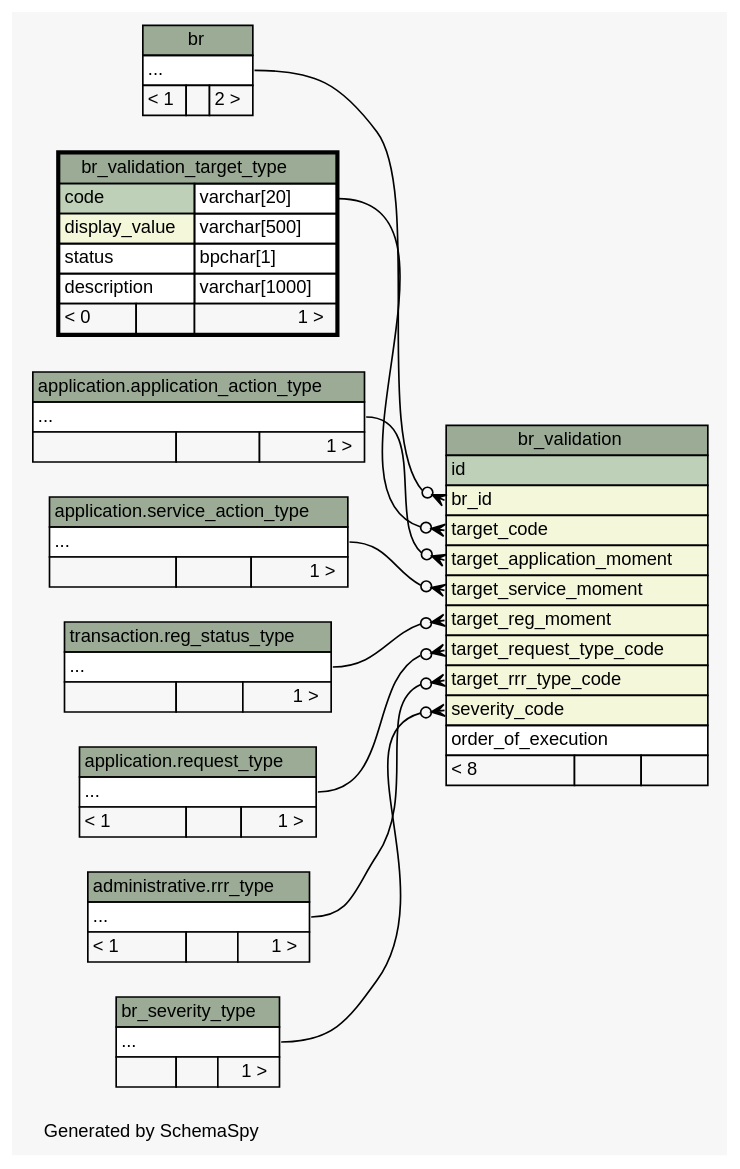
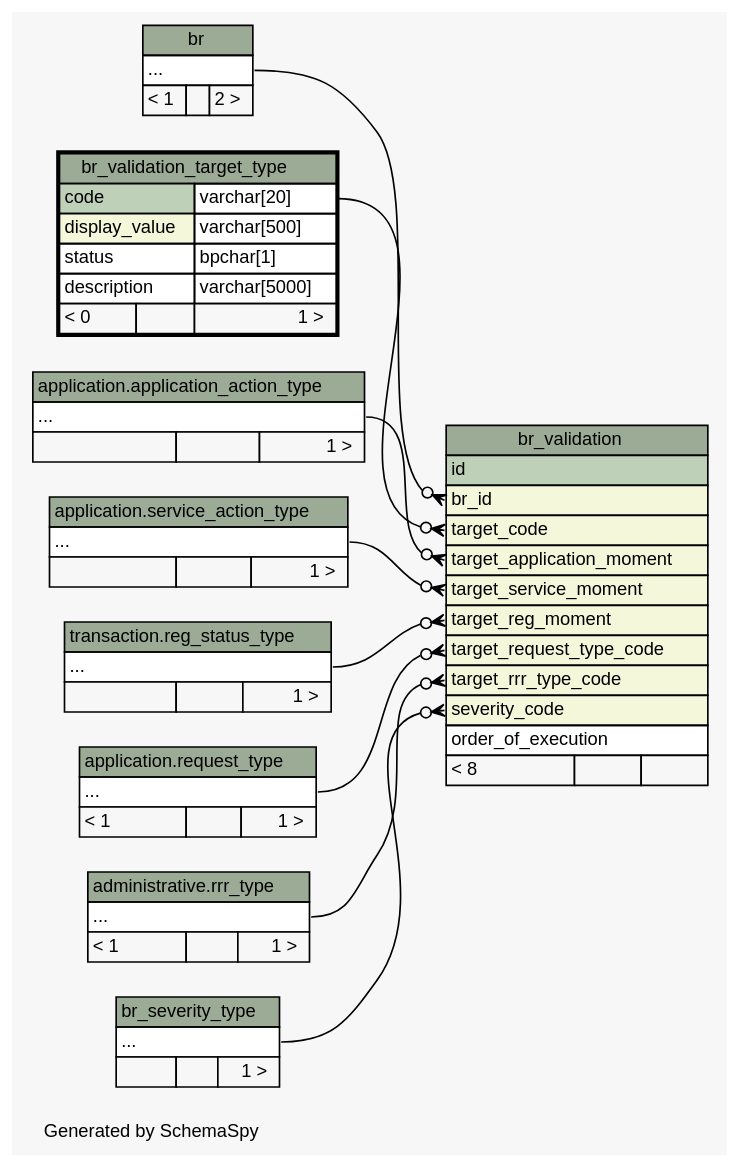
One commit to OpenTenure/database changed the diagram in doc/system/diagrams/br_validation_target_type.2degrees.dot. Above: the diagram before and after it, drawn with Graphviz. The commit also changed 370 other files, not shown here.

```diff
--- a/doc/system/diagrams/br_validation_target_type.2degrees.dot
+++ b/doc/system/diagrams/br_validation_target_type.2degrees.dot
@@ -1,132 +1,132 @@
 // dot 2.36.0 on Windows 7 6.1
 // SchemaSpy rev 590
 digraph "twoDegreesRelationshipsDiagram" {
   graph [
     rankdir="RL"
     bgcolor="#f7f7f7"
     label="\nGenerated by SchemaSpy"
     labeljust="l"
     nodesep="0.18"
     ranksep="0.46"
     fontname="Helvetica"
     fontsize="11"
   ];
   node [
     fontname="Helvetica"
     fontsize="11"
     shape="plaintext"
   ];
   edge [
     arrowsize="0.8"
   ];
   "br_validation":"br_id":w -> "br":"elipses":e [arrowhead=none dir=back arrowtail=crowodot];
   "br_validation":"severity_code":w -> "br_severity_type":"elipses":e [arrowhead=none dir=back arrowtail=crowodot];
   "br_validation":"target_application_moment":w -> "application.application_action_type":"elipses":e [arrowhead=none dir=back arrowtail=crowodot];
   "br_validation":"target_code":w -> "br_validation_target_type":"code.type":e [arrowhead=none dir=back arrowtail=crowodot];
   "br_validation":"target_reg_moment":w -> "transaction.reg_status_type":"elipses":e [arrowhead=none dir=back arrowtail=crowodot];
   "br_validation":"target_request_type_code":w -> "application.request_type":"elipses":e [arrowhead=none dir=back arrowtail=crowodot];
   "br_validation":"target_rrr_type_code":w -> "administrative.rrr_type":"elipses":e [arrowhead=none dir=back arrowtail=crowodot];
   "br_validation":"target_service_moment":w -> "application.service_action_type":"elipses":e [arrowhead=none dir=back arrowtail=crowodot];
   "application.application_action_type" [
     label=<
     <TABLE BORDER="0" CELLBORDER="1" CELLSPACING="0" BGCOLOR="#ffffff">
       <TR><TD COLSPAN="3" BGCOLOR="#9bab96" ALIGN="CENTER">application.application_action_type</TD></TR>
       <TR><TD PORT="elipses" COLSPAN="3" ALIGN="LEFT">...</TD></TR>
       <TR><TD ALIGN="LEFT" BGCOLOR="#f7f7f7">  </TD><TD ALIGN="RIGHT" BGCOLOR="#f7f7f7">  </TD><TD ALIGN="RIGHT" BGCOLOR="#f7f7f7">1 &gt;</TD></TR>
     </TABLE>>
     URL="../../application/tables/application_action_type.html"
     tooltip="application.application_action_type"
   ];
   "br" [
     label=<
     <TABLE BORDER="0" CELLBORDER="1" CELLSPACING="0" BGCOLOR="#ffffff">
       <TR><TD COLSPAN="3" BGCOLOR="#9bab96" ALIGN="CENTER">br</TD></TR>
       <TR><TD PORT="elipses" COLSPAN="3" ALIGN="LEFT">...</TD></TR>
       <TR><TD ALIGN="LEFT" BGCOLOR="#f7f7f7">&lt; 1</TD><TD ALIGN="RIGHT" BGCOLOR="#f7f7f7">  </TD><TD ALIGN="RIGHT" BGCOLOR="#f7f7f7">2 &gt;</TD></TR>
     </TABLE>>
     URL="br.html"
     tooltip="br"
   ];
   "br_severity_type" [
     label=<
     <TABLE BORDER="0" CELLBORDER="1" CELLSPACING="0" BGCOLOR="#ffffff">
       <TR><TD COLSPAN="3" BGCOLOR="#9bab96" ALIGN="CENTER">br_severity_type</TD></TR>
       <TR><TD PORT="elipses" COLSPAN="3" ALIGN="LEFT">...</TD></TR>
       <TR><TD ALIGN="LEFT" BGCOLOR="#f7f7f7">  </TD><TD ALIGN="RIGHT" BGCOLOR="#f7f7f7">  </TD><TD ALIGN="RIGHT" BGCOLOR="#f7f7f7">1 &gt;</TD></TR>
     </TABLE>>
     URL="br_severity_type.html"
     tooltip="br_severity_type"
   ];
   "br_validation" [
     label=<
     <TABLE BORDER="0" CELLBORDER="1" CELLSPACING="0" BGCOLOR="#ffffff">
       <TR><TD COLSPAN="3" BGCOLOR="#9bab96" ALIGN="CENTER">br_validation</TD></TR>
       <TR><TD PORT="id" COLSPAN="3" BGCOLOR="#bed1b8" ALIGN="LEFT">id</TD></TR>
       <TR><TD PORT="br_id" COLSPAN="3" BGCOLOR="#f4f7da" ALIGN="LEFT">br_id</TD></TR>
       <TR><TD PORT="target_code" COLSPAN="3" BGCOLOR="#f4f7da" ALIGN="LEFT">target_code</TD></TR>
       <TR><TD PORT="target_application_moment" COLSPAN="3" BGCOLOR="#f4f7da" ALIGN="LEFT">target_application_moment</TD></TR>
       <TR><TD PORT="target_service_moment" COLSPAN="3" BGCOLOR="#f4f7da" ALIGN="LEFT">target_service_moment</TD></TR>
       <TR><TD PORT="target_reg_moment" COLSPAN="3" BGCOLOR="#f4f7da" ALIGN="LEFT">target_reg_moment</TD></TR>
       <TR><TD PORT="target_request_type_code" COLSPAN="3" BGCOLOR="#f4f7da" ALIGN="LEFT">target_request_type_code</TD></TR>
       <TR><TD PORT="target_rrr_type_code" COLSPAN="3" BGCOLOR="#f4f7da" ALIGN="LEFT">target_rrr_type_code</TD></TR>
       <TR><TD PORT="severity_code" COLSPAN="3" BGCOLOR="#f4f7da" ALIGN="LEFT">severity_code</TD></TR>
       <TR><TD PORT="order_of_execution" COLSPAN="3" ALIGN="LEFT">order_of_execution</TD></TR>
       <TR><TD ALIGN="LEFT" BGCOLOR="#f7f7f7">&lt; 8</TD><TD ALIGN="RIGHT" BGCOLOR="#f7f7f7">  </TD><TD ALIGN="RIGHT" BGCOLOR="#f7f7f7">  </TD></TR>
     </TABLE>>
     URL="br_validation.html"
     tooltip="br_validation"
   ];
   "br_validation_target_type" [
     label=<
     <TABLE BORDER="2" CELLBORDER="1" CELLSPACING="0" BGCOLOR="#ffffff">
       <TR><TD COLSPAN="3" BGCOLOR="#9bab96" ALIGN="CENTER">br_validation_target_type</TD></TR>
       <TR><TD PORT="code" COLSPAN="2" BGCOLOR="#bed1b8" ALIGN="LEFT">code</TD><TD PORT="code.type" ALIGN="LEFT">varchar[20]</TD></TR>
       <TR><TD PORT="display_value" COLSPAN="2" BGCOLOR="#f4f7da" ALIGN="LEFT">display_value</TD><TD PORT="display_value.type" ALIGN="LEFT">varchar[500]</TD></TR>
       <TR><TD PORT="status" COLSPAN="2" ALIGN="LEFT">status</TD><TD PORT="status.type" ALIGN="LEFT">bpchar[1]</TD></TR>
-      <TR><TD PORT="description" COLSPAN="2" ALIGN="LEFT">description</TD><TD PORT="description.type" ALIGN="LEFT">varchar[1000]</TD></TR>
+      <TR><TD PORT="description" COLSPAN="2" ALIGN="LEFT">description</TD><TD PORT="description.type" ALIGN="LEFT">varchar[5000]</TD></TR>
       <TR><TD ALIGN="LEFT" BGCOLOR="#f7f7f7">&lt; 0</TD><TD ALIGN="RIGHT" BGCOLOR="#f7f7f7">  </TD><TD ALIGN="RIGHT" BGCOLOR="#f7f7f7">1 &gt;</TD></TR>
     </TABLE>>
     URL="br_validation_target_type.html"
     tooltip="br_validation_target_type"
   ];
   "transaction.reg_status_type" [
     label=<
     <TABLE BORDER="0" CELLBORDER="1" CELLSPACING="0" BGCOLOR="#ffffff">
       <TR><TD COLSPAN="3" BGCOLOR="#9bab96" ALIGN="CENTER">transaction.reg_status_type</TD></TR>
       <TR><TD PORT="elipses" COLSPAN="3" ALIGN="LEFT">...</TD></TR>
       <TR><TD ALIGN="LEFT" BGCOLOR="#f7f7f7">  </TD><TD ALIGN="RIGHT" BGCOLOR="#f7f7f7">  </TD><TD ALIGN="RIGHT" BGCOLOR="#f7f7f7">1 &gt;</TD></TR>
     </TABLE>>
     URL="../../transaction/tables/reg_status_type.html"
     tooltip="transaction.reg_status_type"
   ];
   "application.request_type" [
     label=<
     <TABLE BORDER="0" CELLBORDER="1" CELLSPACING="0" BGCOLOR="#ffffff">
       <TR><TD COLSPAN="3" BGCOLOR="#9bab96" ALIGN="CENTER">application.request_type</TD></TR>
       <TR><TD PORT="elipses" COLSPAN="3" ALIGN="LEFT">...</TD></TR>
       <TR><TD ALIGN="LEFT" BGCOLOR="#f7f7f7">&lt; 1</TD><TD ALIGN="RIGHT" BGCOLOR="#f7f7f7">  </TD><TD ALIGN="RIGHT" BGCOLOR="#f7f7f7">1 &gt;</TD></TR>
     </TABLE>>
     URL="../../application/tables/request_type.html"
     tooltip="application.request_type"
   ];
   "administrative.rrr_type" [
     label=<
     <TABLE BORDER="0" CELLBORDER="1" CELLSPACING="0" BGCOLOR="#ffffff">
       <TR><TD COLSPAN="3" BGCOLOR="#9bab96" ALIGN="CENTER">administrative.rrr_type</TD></TR>
       <TR><TD PORT="elipses" COLSPAN="3" ALIGN="LEFT">...</TD></TR>
       <TR><TD ALIGN="LEFT" BGCOLOR="#f7f7f7">&lt; 1</TD><TD ALIGN="RIGHT" BGCOLOR="#f7f7f7">  </TD><TD ALIGN="RIGHT" BGCOLOR="#f7f7f7">1 &gt;</TD></TR>
     </TABLE>>
     URL="../../administrative/tables/rrr_type.html"
     tooltip="administrative.rrr_type"
   ];
   "application.service_action_type" [
     label=<
     <TABLE BORDER="0" CELLBORDER="1" CELLSPACING="0" BGCOLOR="#ffffff">
       <TR><TD COLSPAN="3" BGCOLOR="#9bab96" ALIGN="CENTER">application.service_action_type</TD></TR>
       <TR><TD PORT="elipses" COLSPAN="3" ALIGN="LEFT">...</TD></TR>
       <TR><TD ALIGN="LEFT" BGCOLOR="#f7f7f7">  </TD><TD ALIGN="RIGHT" BGCOLOR="#f7f7f7">  </TD><TD ALIGN="RIGHT" BGCOLOR="#f7f7f7">1 &gt;</TD></TR>
     </TABLE>>
     URL="../../application/tables/service_action_type.html"
     tooltip="application.service_action_type"
   ];
 }
```
